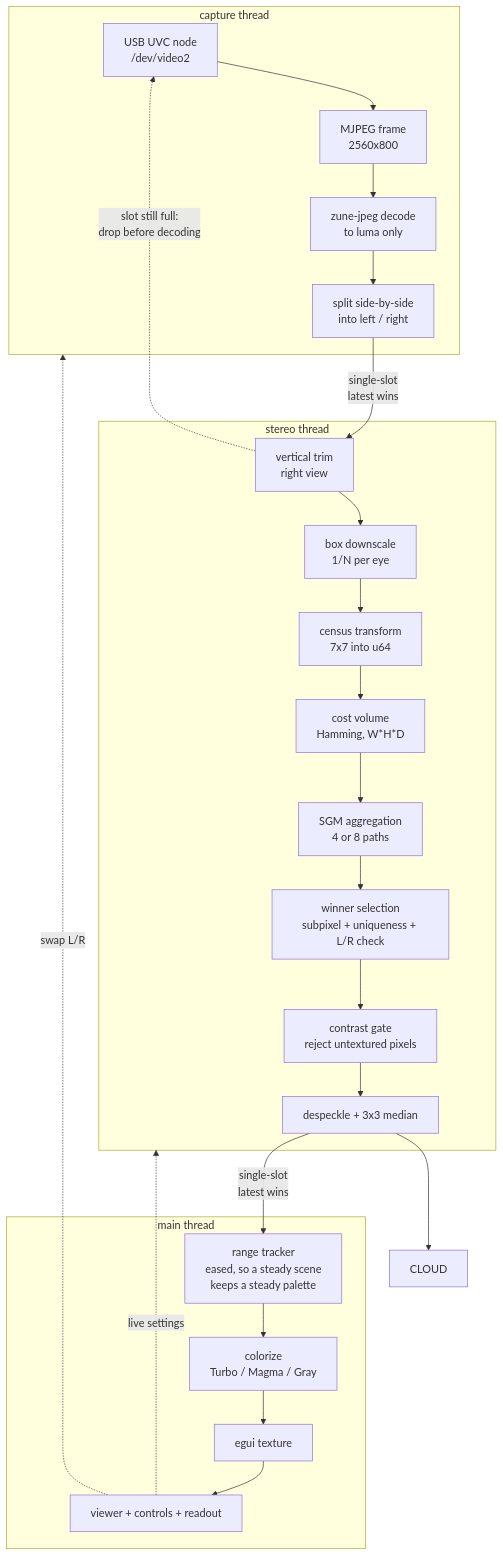
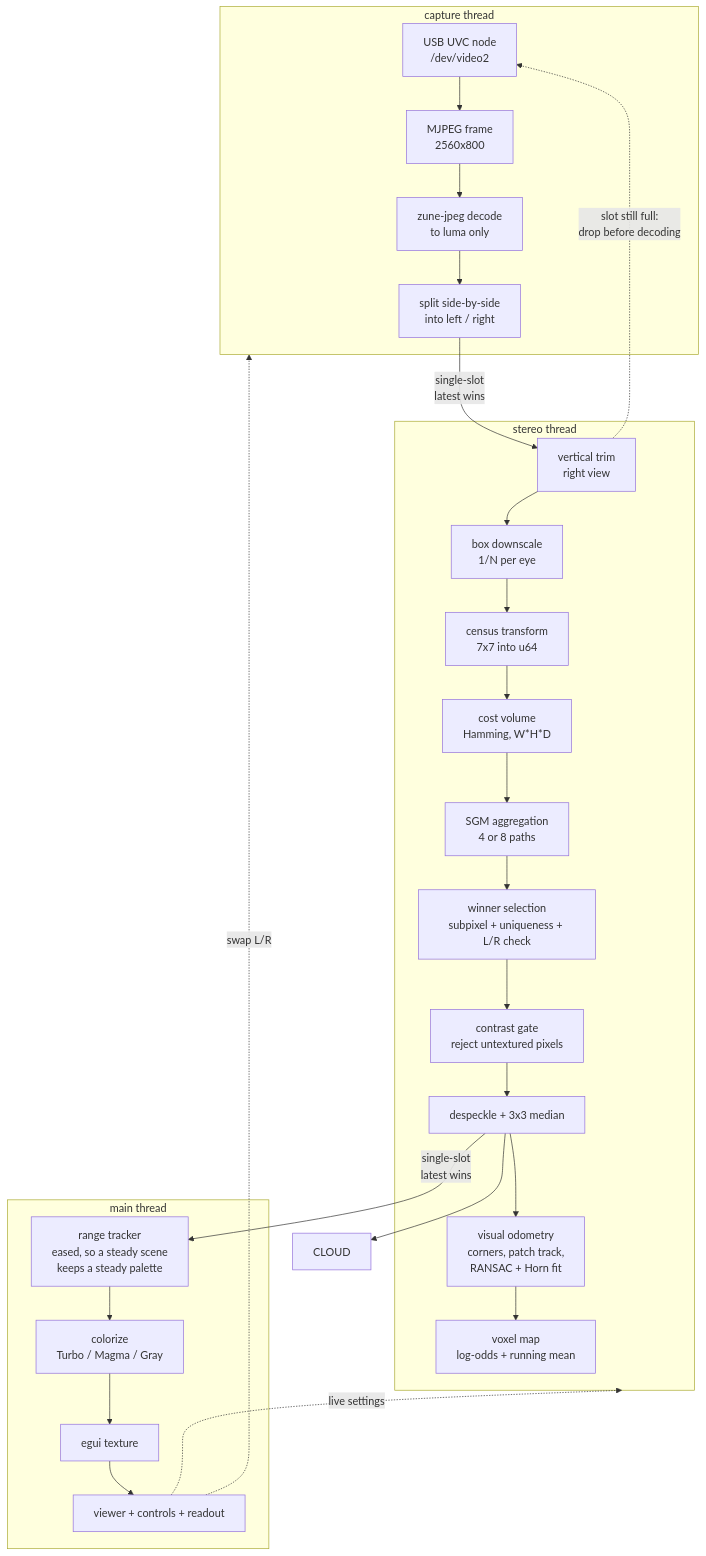
The first of 3 diagrams in ARCHITECTURE.md (tmpk13/binocular-camera), drawn with Mermaid before and after one commit. The commit also changed other lines of this file and 9 other files, not shown here.

First line of the commit message:
Add visual odometry and a probabilistic voxel map

````diff
--- a/ARCHITECTURE.md
+++ b/ARCHITECTURE.md
@@ -5,38 +5,41 @@
 ```mermaid
 flowchart TD
     subgraph capture["capture thread"]
         USB["USB UVC node<br/>/dev/video2"]
         MJPEG["MJPEG frame<br/>2560x800"]
         DEC["zune-jpeg decode<br/>to luma only"]
         SPLIT["split side-by-side<br/>into left / right"]
         USB --> MJPEG --> DEC --> SPLIT
     end
 
     subgraph worker["stereo thread"]
         TRIM["vertical trim<br/>right view"]
         DOWN["box downscale<br/>1/N per eye"]
         CENSUS["census transform<br/>7x7 into u64"]
         COST["cost volume<br/>Hamming, W*H*D"]
         SGM["SGM aggregation<br/>4 or 8 paths"]
         WTA["winner selection<br/>subpixel + uniqueness + L/R check"]
         GATE["contrast gate<br/>reject untextured pixels"]
         CLEAN["despeckle + 3x3 median"]
+        ODOM["visual odometry<br/>corners, patch track,<br/>RANSAC + Horn fit"]
+        FUSE["voxel map<br/>log-odds + running mean"]
         TRIM --> DOWN --> CENSUS --> COST --> SGM --> WTA --> GATE --> CLEAN
+        CLEAN --> ODOM --> FUSE
     end
 
     subgraph ui["main thread"]
         RANGE["range tracker<br/>eased, so a steady scene<br/>keeps a steady palette"]
         COLOR["colorize<br/>Turbo / Magma / Gray"]
         RANGE --> COLOR
         TEX["egui texture"]
         DRAW["viewer + controls + readout"]
         COLOR --> TEX --> DRAW
     end
 
     SPLIT -->|"single-slot<br/>latest wins"| TRIM
     TRIM -.->|"slot still full:<br/>drop before decoding"| USB
     CLEAN -->|"single-slot<br/>latest wins"| RANGE
     CLEAN --> CLOUD
     DRAW -.->|"live settings"| worker
     DRAW -.->|"swap L/R"| capture
 ```
````
